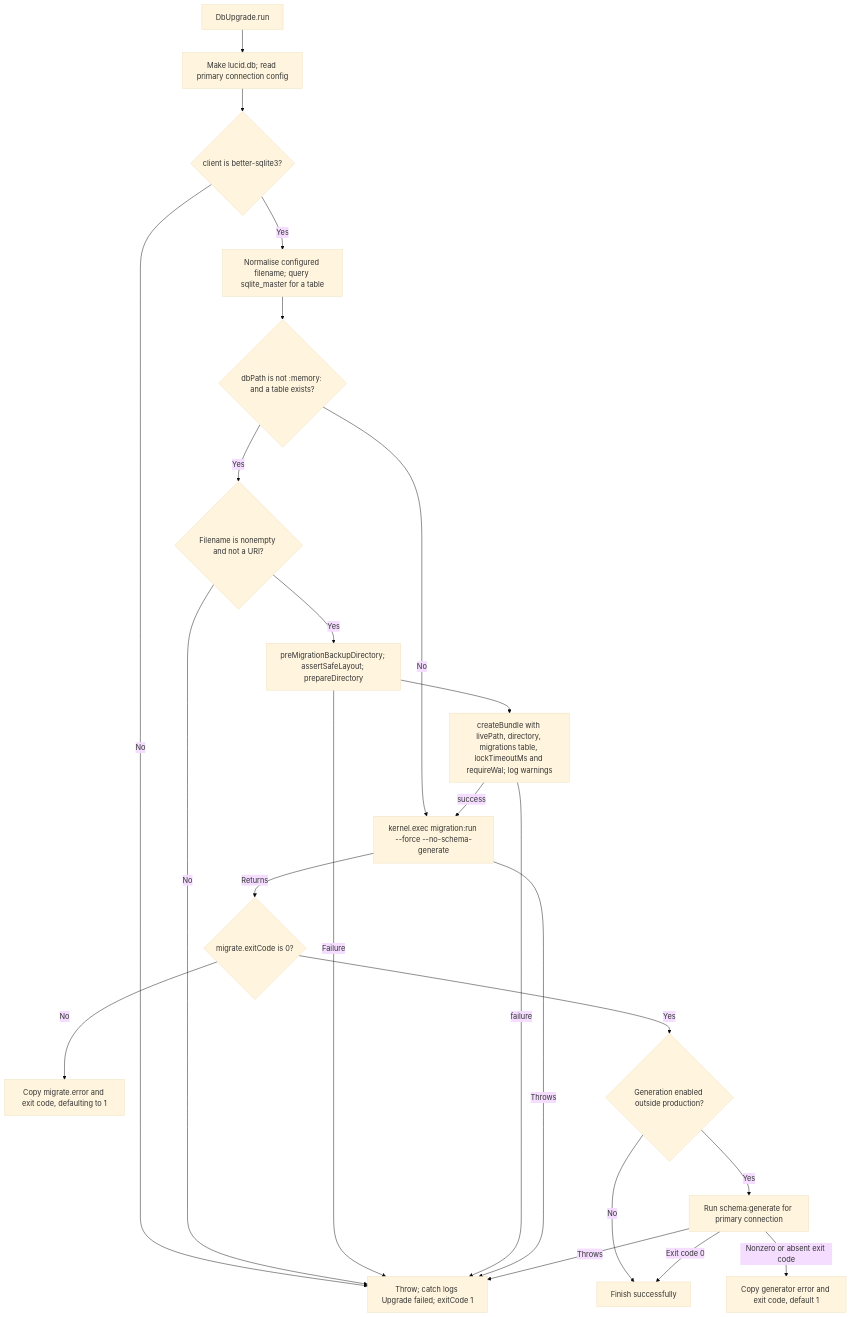
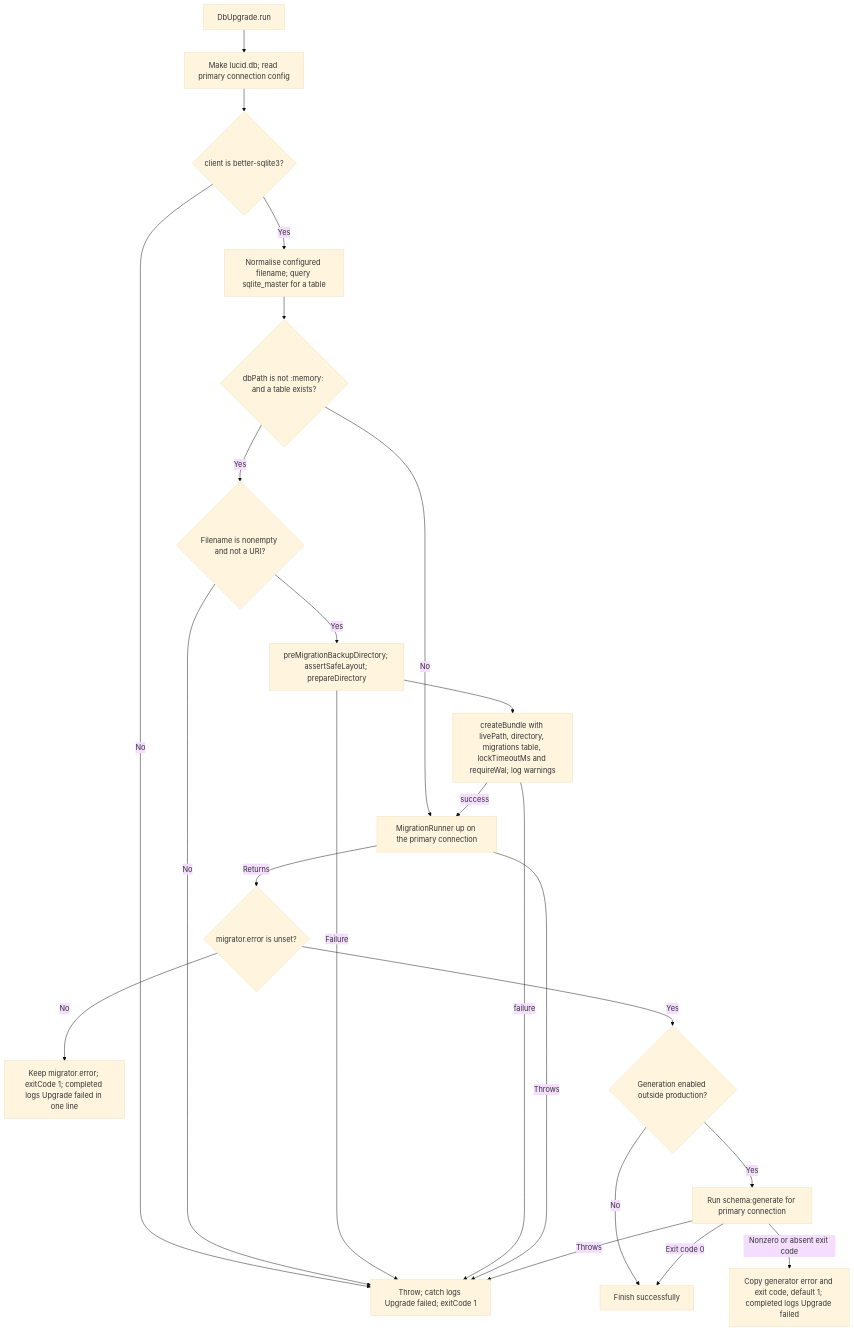
One commit to Kevinjohn/oss-adonisjs-sqlite-backup changed the second of 2 diagrams in user-stories/upgrade-database/us-op-06-upgrade-database.md. Above: the diagram before and after it, drawn with Mermaid (base theme). The commit also changed other lines of this file and 5 other files, not shown here.

First line of the commit message:
Report a failed db:upgrade migration as one line without a stack trace

````diff
--- a/user-stories/upgrade-database/us-op-06-upgrade-database.md
+++ b/user-stories/upgrade-database/us-op-06-upgrade-database.md
@@ -47,25 +47,25 @@
 ```mermaid
 flowchart TD
     A["DbUpgrade.run"] --> B["Make lucid.db; read primary connection config"]
     B --> C{"client is better-sqlite3?"}
     C -->|No| X["Throw; catch logs Upgrade failed; exitCode 1"]
     C -->|Yes| D["Normalise configured filename; query sqlite_master for a table"]
     D --> E{"dbPath is not :memory: and a table exists?"}
-    E -->|No| H["kernel.exec migration:run --force --no-schema-generate"]
+    E -->|No| H["MigrationRunner up on the primary connection"]
     E -->|Yes| F1{"Filename is nonempty and not a URI?"}
     F1 -->|No| X
     F1 -->|Yes| F["preMigrationBackupDirectory; assertSafeLayout; prepareDirectory"]
     F -->|Failure| X
     F --> G["createBundle with livePath, directory, migrations table, lockTimeoutMs and requireWal; log warnings"]
     G -->|failure| X
     G -->|success| H
     H -->|Throws| X
-    H -->|Returns| I{"migrate.exitCode is 0?"}
-    I -->|No| J["Copy migrate.error and exit code, defaulting to 1"]
+    H -->|Returns| I{"migrator.error is unset?"}
+    I -->|No| J["Keep migrator.error; exitCode 1; completed logs Upgrade failed in one line"]
     I -->|Yes| K{"Generation enabled outside production?"}
     K -->|No| L["Finish successfully"]
     K -->|Yes| M["Run schema:generate for primary connection"]
     M -->|Throws| X
-    M -->|Nonzero or absent exit code| N["Copy generator error and exit code, default 1"]
+    M -->|Nonzero or absent exit code| N["Copy generator error and exit code, default 1; completed logs Upgrade failed"]
     M -->|Exit code 0| L
 ```
````
